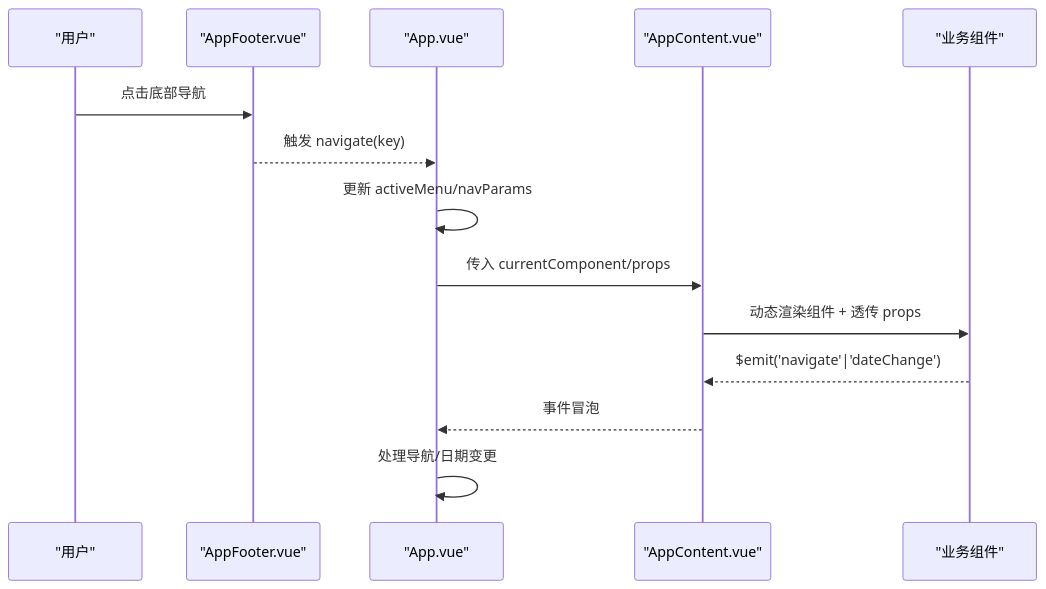
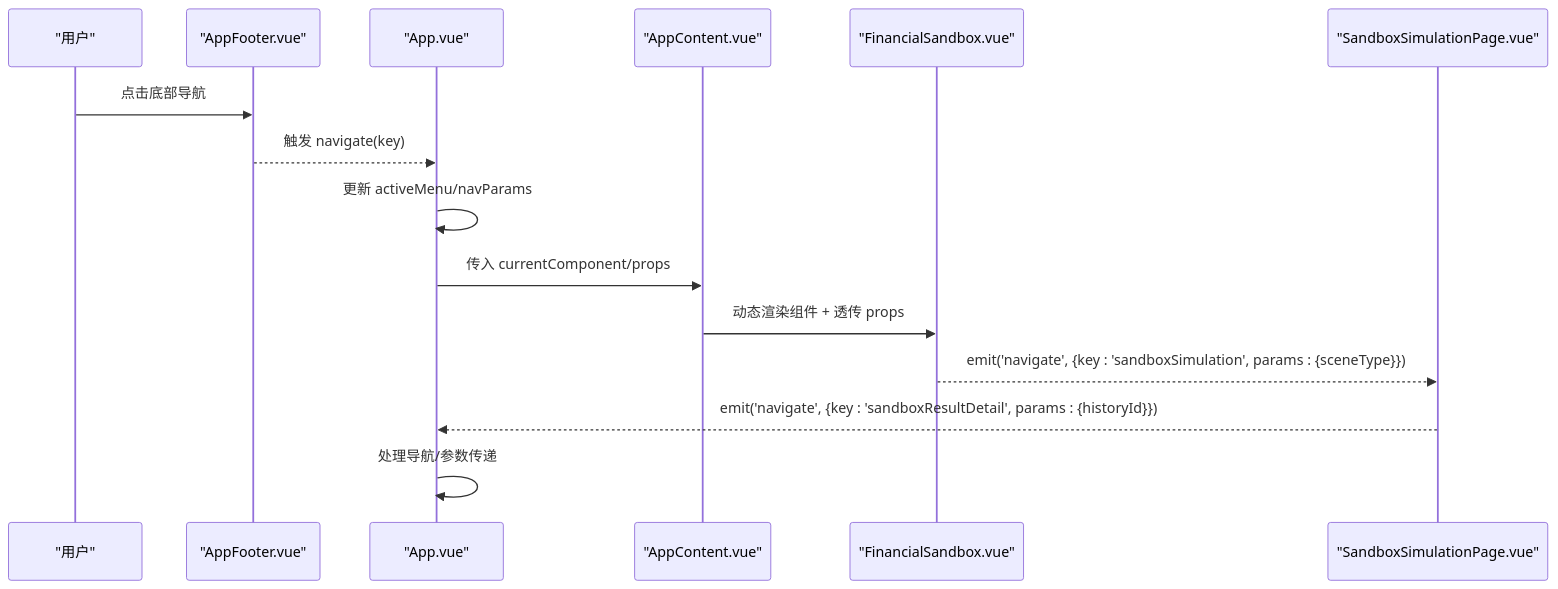
Before and after one commit to xiao-lin-unit/yuan: the second of 9 diagrams in .qoder/repowiki/zh/content/架构设计/组件通信机制.md, drawn with Mermaid. The commit also changed other lines of this file and 24 other files, not shown here.

````diff
--- a/.qoder/repowiki/zh/content/架构设计/组件通信机制.md
+++ b/.qoder/repowiki/zh/content/架构设计/组件通信机制.md
@@ -142,16 +180,17 @@
 ```mermaid
 sequenceDiagram
 participant User as "用户"
 participant Footer as "AppFooter.vue"
 participant App as "App.vue"
 participant Content as "AppContent.vue"
-participant Page as "业务组件"
+participant Sandbox as "FinancialSandbox.vue"
+participant SimPage as "SandboxSimulationPage.vue"
 User->>Footer : 点击底部导航
 Footer-->>App : 触发 navigate(key)
 App->>App : 更新 activeMenu/navParams
 App->>Content : 传入 currentComponent/props
-Content->>Page : 动态渲染组件 + 透传 props
-Page-->>Content : $emit('navigate'|'dateChange')
-Content-->>App : 事件冒泡
-App->>App : 处理导航/日期变更
+Content->>Sandbox : 动态渲染组件 + 透传 props
+Sandbox-->>SimPage : emit('navigate', {key : 'sandboxSimulation', params : {sceneType}})
+SimPage-->>App : emit('navigate', {key : 'sandboxResultDetail', params : {historyId}})
+App->>App : 处理导航/参数传递
 ```
````
